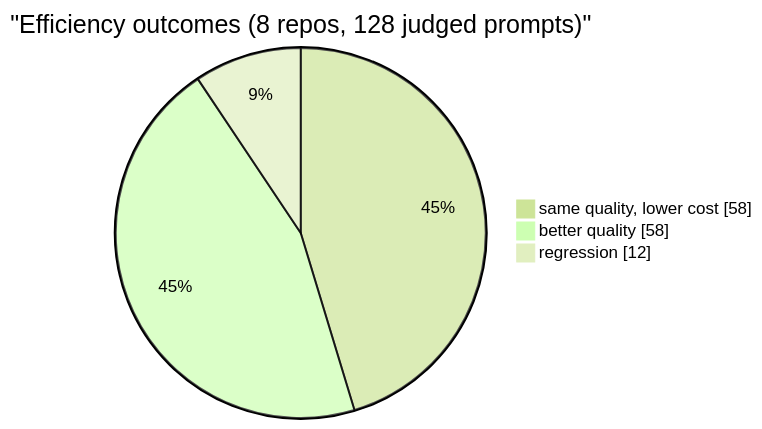
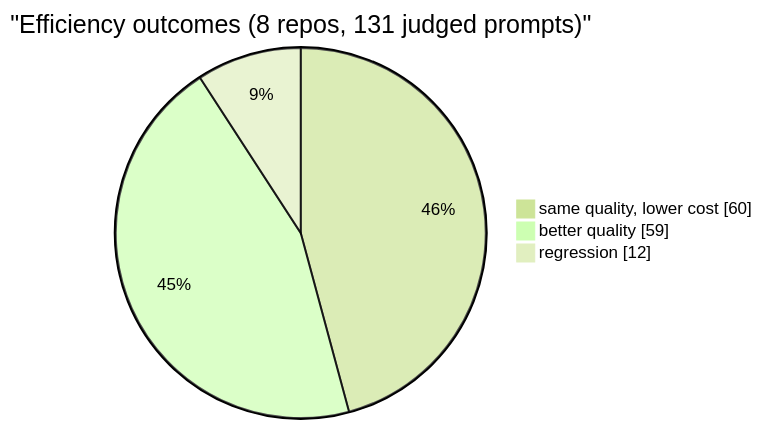
Before and after one commit to siropkin/budi: the second of 2 diagrams in README.md, drawn with Mermaid (forest theme). The commit also changed other lines of this file and 1 other file, not shown here.

Commit message:
Align benchmark numbers to 131 judged prompts (v3.1.0).

````diff
--- a/README.md
+++ b/README.md
@@ -46,7 +46,7 @@
 ```mermaid
 pie showData
-    title "Efficiency outcomes (8 repos, 128 judged prompts)"
-    "same quality, lower cost" : 58
-    "better quality" : 58
+    title "Efficiency outcomes (8 repos, 131 judged prompts)"
+    "same quality, lower cost" : 60
+    "better quality" : 59
     "regression" : 12
 ```
````
